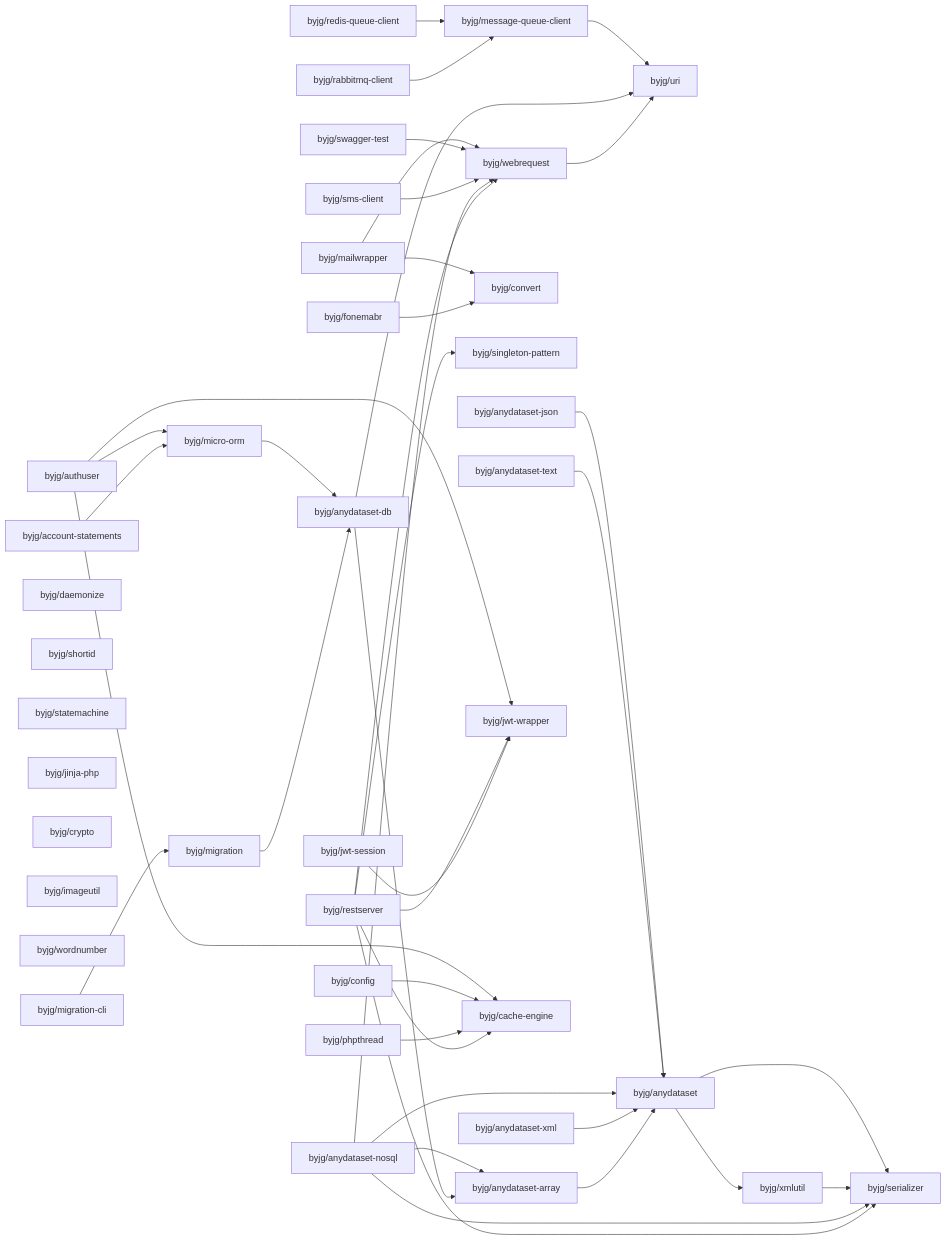
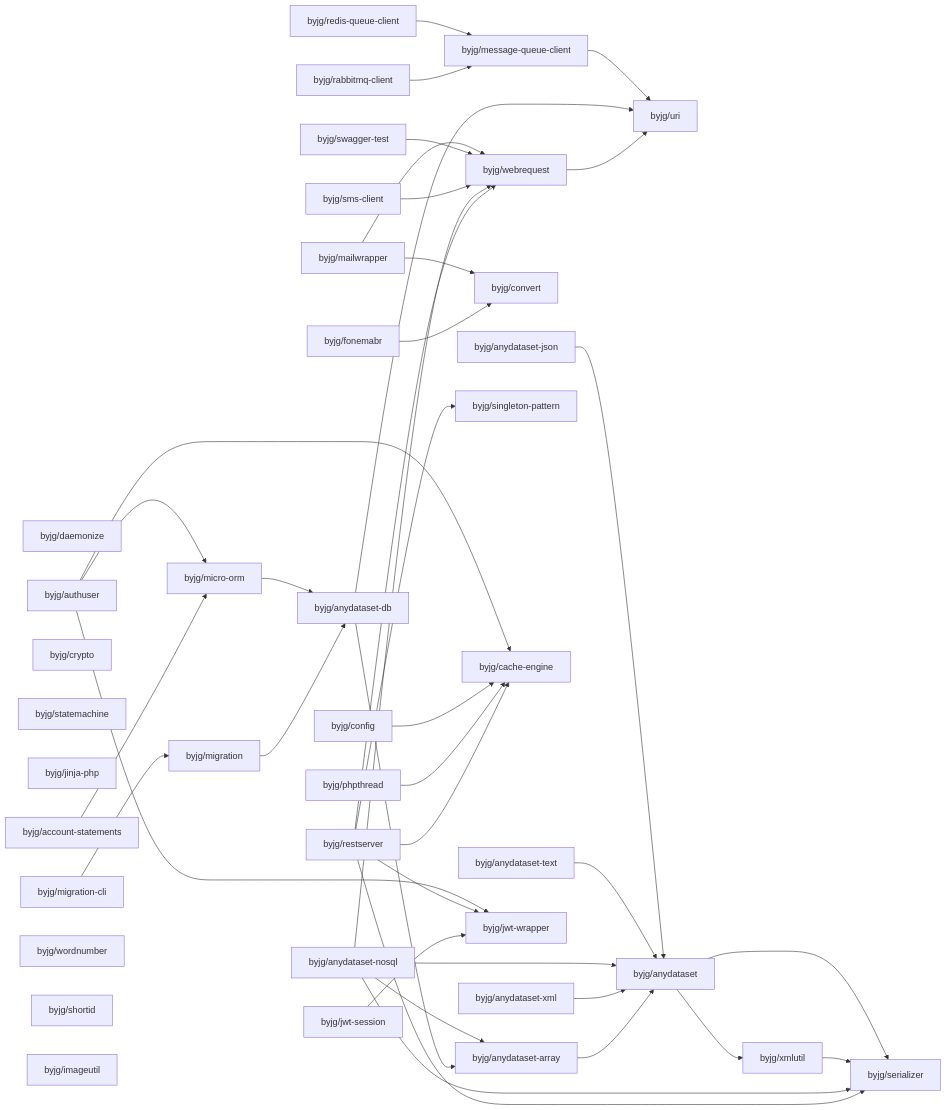
The diagram in docs/php/README.md (byjg/byjg.github.io), drawn with Mermaid before and after one commit. The commit also changed other lines of this file and 1 other file, not shown here.

Commit message:
Update documentation 'php' 'php-crypto'

````diff
--- a/docs/php/README.md
+++ b/docs/php/README.md
@@ -3,78 +3,78 @@
 ```mermaid
 graph LR;
+  byjg/anydataset-text;
+  byjg/daemonize;
+  byjg/anydataset-nosql;
+  byjg/swagger-test;
+  byjg/config;
+  byjg/anydataset-json;
+  byjg/sms-client;
+  byjg/jwt-session;
+  byjg/authuser;
+  byjg/phpthread;
   byjg/fonemabr;
+  byjg/crypto;
+  byjg/statemachine;
+  byjg/jinja-php;
+  byjg/mailwrapper;
   byjg/account-statements;
   byjg/migration-cli;
-  byjg/mailwrapper;
-  byjg/config;
-  byjg/swagger-test;
+  byjg/wordnumber;
+  byjg/rabbitmq-client;
+  byjg/redis-queue-client;
+  byjg/anydataset-xml;
   byjg/restserver;
-  byjg/anydataset-xml;
-  byjg/redis-queue-client;
-  byjg/daemonize;
   byjg/shortid;
-  byjg/sms-client;
-  byjg/statemachine;
-  byjg/rabbitmq-client;
-  byjg/jinja-php;
-  byjg/anydataset-json;
-  byjg/anydataset-text;
-  byjg/crypto;
-  byjg/jwt-session;
   byjg/imageutil;
-  byjg/wordnumber;
-  byjg/anydataset-nosql;
-  byjg/authuser;
-  byjg/phpthread;
+  byjg/convert;
+  byjg/micro-orm;
   byjg/migration;
-  byjg/convert;
+  byjg/message-queue-client;
   byjg/singleton-pattern;
-  byjg/message-queue-client;
+  byjg/cache-engine;
   byjg/webrequest;
-  byjg/micro-orm;
   byjg/jwt-wrapper;
-  byjg/cache-engine;
   byjg/anydataset-db;
   byjg/anydataset-array;
   byjg/uri;
   byjg/anydataset;
   byjg/xmlutil;
   byjg/serializer;
   byjg/account-statements --> byjg/micro-orm;
   byjg/fonemabr --> byjg/convert;
   byjg/webrequest --> byjg/uri;
   byjg/anydataset-array --> byjg/anydataset;
   byjg/anydataset-xml --> byjg/anydataset;
   byjg/rabbitmq-client --> byjg/message-queue-client;
   byjg/redis-queue-client --> byjg/message-queue-client;
   byjg/jwt-session --> byjg/jwt-wrapper;
   byjg/anydataset-db --> byjg/anydataset-array;
   byjg/anydataset-db --> byjg/uri;
   byjg/restserver --> byjg/serializer;
   byjg/restserver --> byjg/singleton-pattern;
   byjg/restserver --> byjg/cache-engine;
   byjg/restserver --> byjg/webrequest;
   byjg/restserver --> byjg/jwt-wrapper;
   byjg/migration --> byjg/anydataset-db;
   byjg/anydataset-nosql --> byjg/anydataset;
   byjg/anydataset-nosql --> byjg/anydataset-array;
   byjg/anydataset-nosql --> byjg/serializer;
   byjg/anydataset-nosql --> byjg/webrequest;
   byjg/phpthread --> byjg/cache-engine;
   byjg/sms-client --> byjg/webrequest;
   byjg/swagger-test --> byjg/webrequest;
   byjg/migration-cli --> byjg/migration;
   byjg/config --> byjg/cache-engine;
   byjg/anydataset-text --> byjg/anydataset;
   byjg/micro-orm --> byjg/anydataset-db;
   byjg/authuser --> byjg/micro-orm;
   byjg/authuser --> byjg/cache-engine;
   byjg/authuser --> byjg/jwt-wrapper;
   byjg/anydataset-json --> byjg/anydataset;
   byjg/mailwrapper --> byjg/convert;
   byjg/mailwrapper --> byjg/webrequest;
   byjg/xmlutil --> byjg/serializer;
   byjg/anydataset --> byjg/serializer;
   byjg/anydataset --> byjg/xmlutil;
   byjg/message-queue-client --> byjg/uri;
 ```
````
